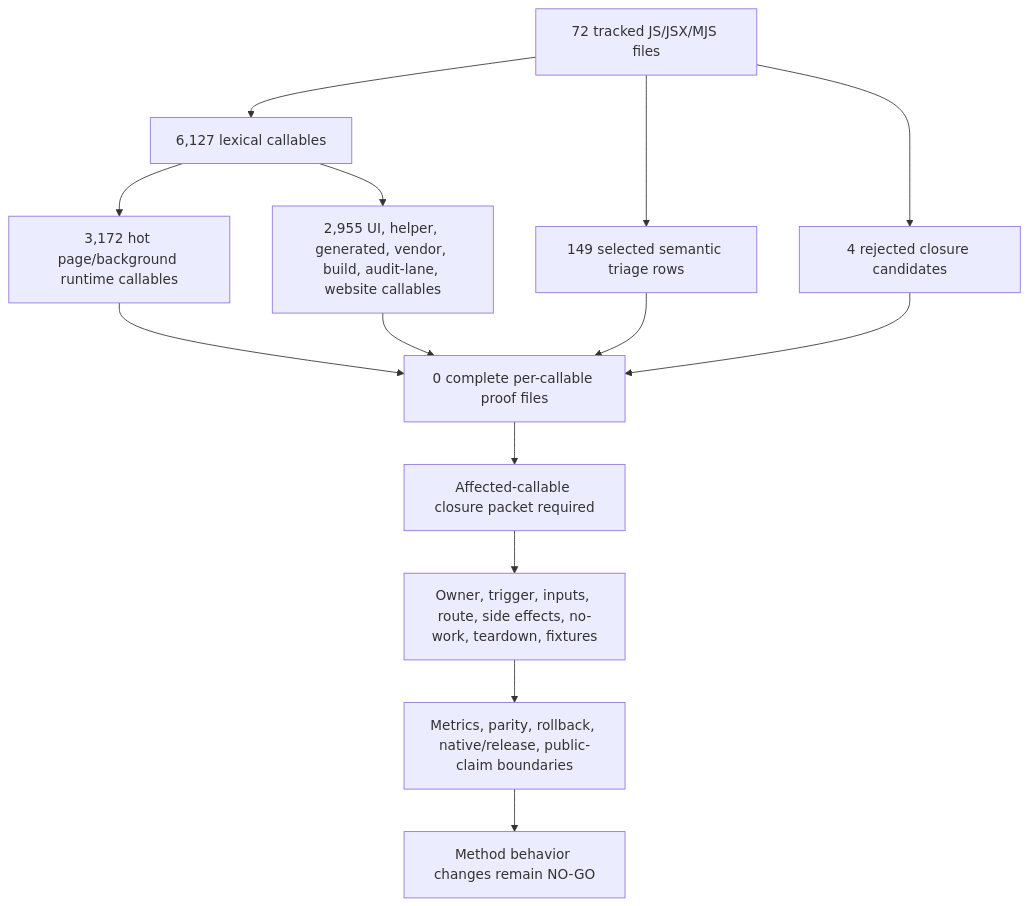
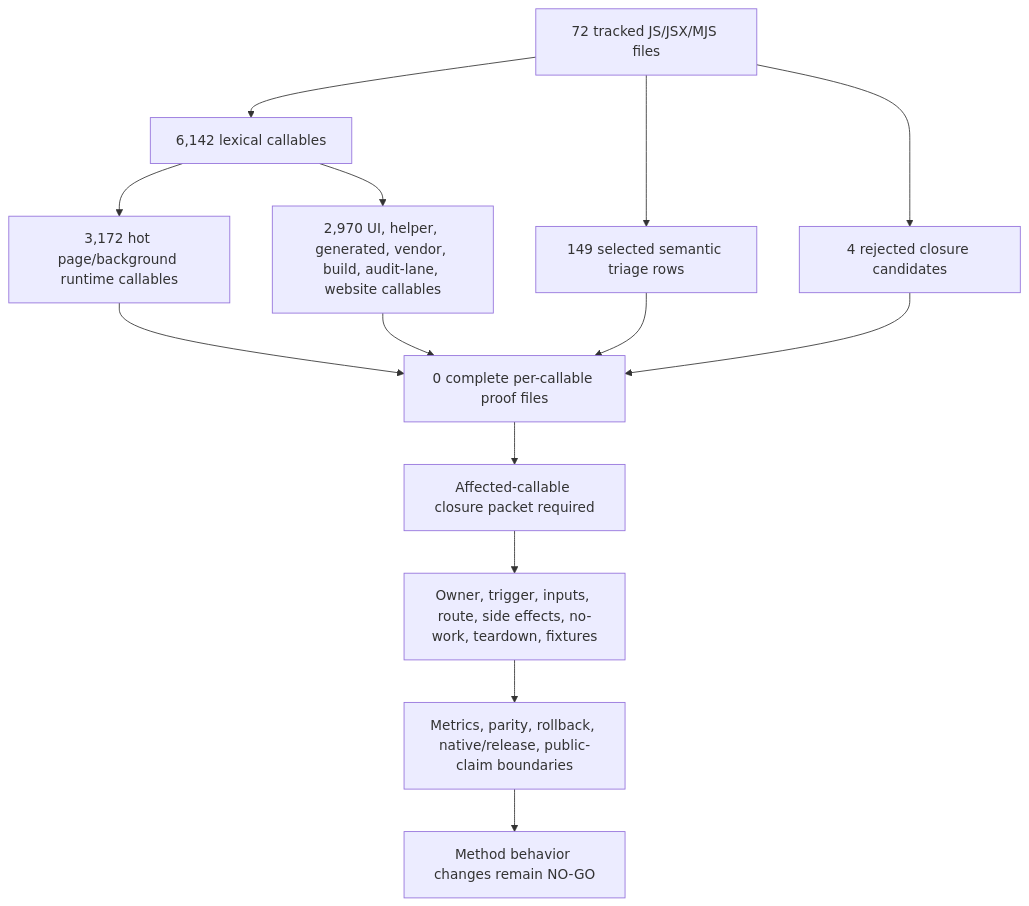
One commit to varshneydevansh/FilterTube changed the first of 2 diagrams in docs/audit/FILTERTUBE_METHOD_SEMANTIC_PROOF_GAP_INDEX_CURRENT_BEHAVIOR_2026-05-25.md. Above: the diagram before and after it, drawn with Mermaid. The commit also changed other lines of this file and 65 other files, not shown here.

````diff
--- a/docs/audit/FILTERTUBE_METHOD_SEMANTIC_PROOF_GAP_INDEX_CURRENT_BEHAVIOR_2026-05-25.md
+++ b/docs/audit/FILTERTUBE_METHOD_SEMANTIC_PROOF_GAP_INDEX_CURRENT_BEHAVIOR_2026-05-25.md
@@ -147,16 +147,16 @@
 ```mermaid
 flowchart TD
-  A["72 tracked JS/JSX/MJS files"] --> B["6,127 lexical callables"]
+  A["72 tracked JS/JSX/MJS files"] --> B["6,142 lexical callables"]
   B --> C["3,172 hot page/background runtime callables"]
-  B --> D["2,955 UI, helper, generated, vendor, build, audit-lane, website callables"]
+  B --> D["2,970 UI, helper, generated, vendor, build, audit-lane, website callables"]
   A --> E["149 selected semantic triage rows"]
   A --> F["4 rejected closure candidates"]
   C --> G["0 complete per-callable proof files"]
   D --> G
   E --> G
   F --> G
   G --> H["Affected-callable closure packet required"]
   H --> I["Owner, trigger, inputs, route, side effects, no-work, teardown, fixtures"]
   I --> J["Metrics, parity, rollback, native/release, public-claim boundaries"]
   J --> K["Method behavior changes remain NO-GO"]
 ```
````
